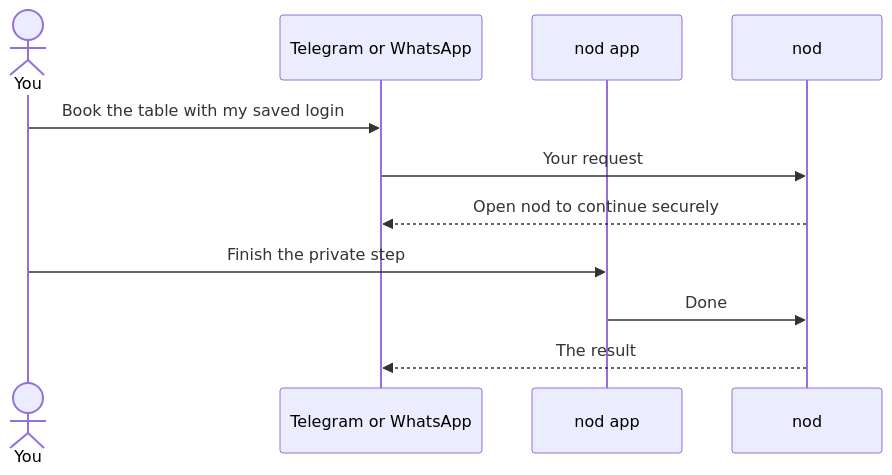
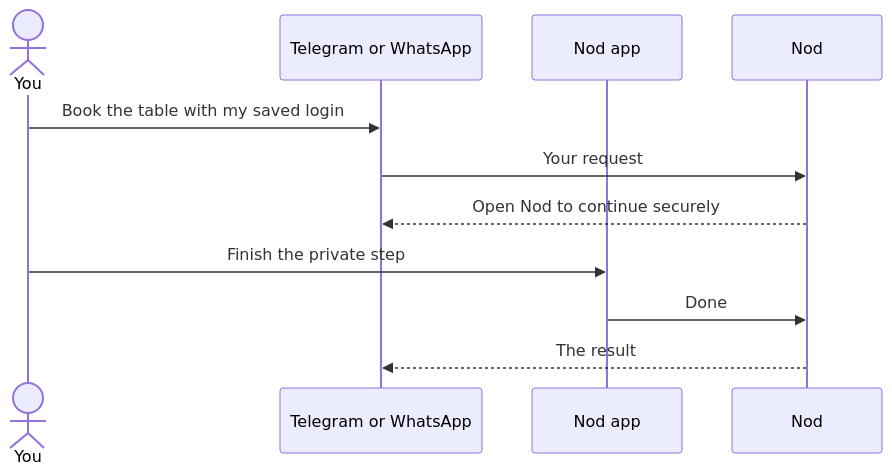
One commit to KrishBhimani/nod changed the diagram in docs/src/content/docs/use/channels.mdx. Above: the diagram before and after it, drawn with Mermaid. The commit also changed other lines of this file and 275 other files, not shown here.

````diff
--- a/docs/src/content/docs/use/channels.mdx
+++ b/docs/src/content/docs/use/channels.mdx
@@ -141,13 +141,13 @@
 ```mermaid
 sequenceDiagram
   actor You
   participant Chat as Telegram or WhatsApp
-  participant App as nod app
-  participant nod
+  participant App as Nod app
+  participant Nod
   You->>Chat: Book the table with my saved login
-  Chat->>nod: Your request
-  nod-->>Chat: Open nod to continue securely
+  Chat->>Nod: Your request
+  Nod-->>Chat: Open Nod to continue securely
   You->>App: Finish the private step
-  App->>nod: Done
-  nod-->>Chat: The result
+  App->>Nod: Done
+  Nod-->>Chat: The result
 ```
````
